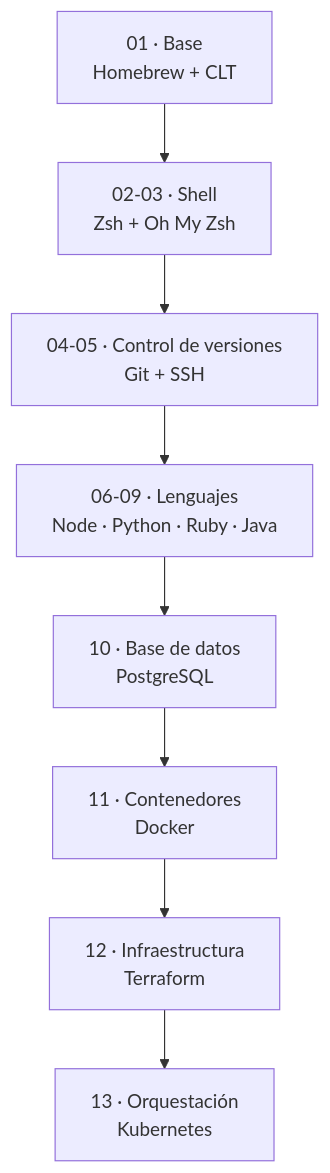
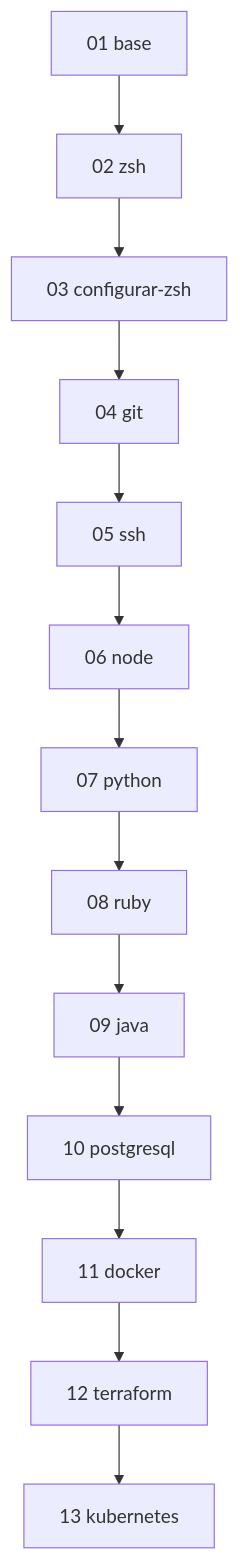
One commit to brayandiazc/dev-setup-mac-es changed the diagram in docs/architecture/architecture.md. Above: the diagram before and after it, drawn with Mermaid. The commit also changed other lines of this file and 30 other files, not shown here.

````diff
--- a/docs/architecture/architecture.md
+++ b/docs/architecture/architecture.md
@@ -16,10 +31,15 @@
 ```mermaid
 graph TD
-    A[01 · Base<br/>Homebrew + CLT] --> B[02-03 · Shell<br/>Zsh + Oh My Zsh]
-    B --> C[04-05 · Control de versiones<br/>Git + SSH]
-    C --> D[06-09 · Lenguajes<br/>Node · Python · Ruby · Java]
-    D --> E[10 · Base de datos<br/>PostgreSQL]
-    E --> F[11 · Contenedores<br/>Docker]
-    F --> G[12 · Infraestructura<br/>Terraform]
-    G --> H[13 · Orquestación<br/>Kubernetes]
+    A[01 base] --> B[02 zsh]
+    B --> C[03 configurar-zsh]
+    C --> D[04 git]
+    D --> E[05 ssh]
+    E --> F[06 node]
+    F --> G[07 python]
+    G --> H[08 ruby]
+    H --> I[09 java]
+    I --> J[10 postgresql]
+    J --> K[11 docker]
+    K --> L[12 terraform]
+    L --> M[13 kubernetes]
 ```
````
